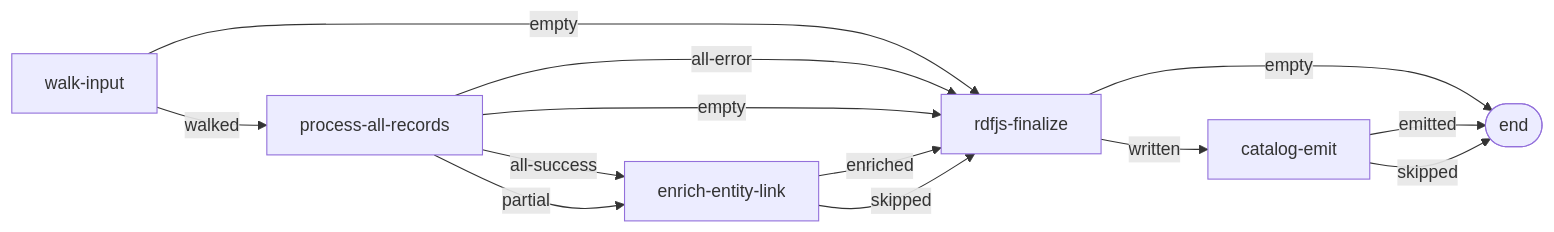
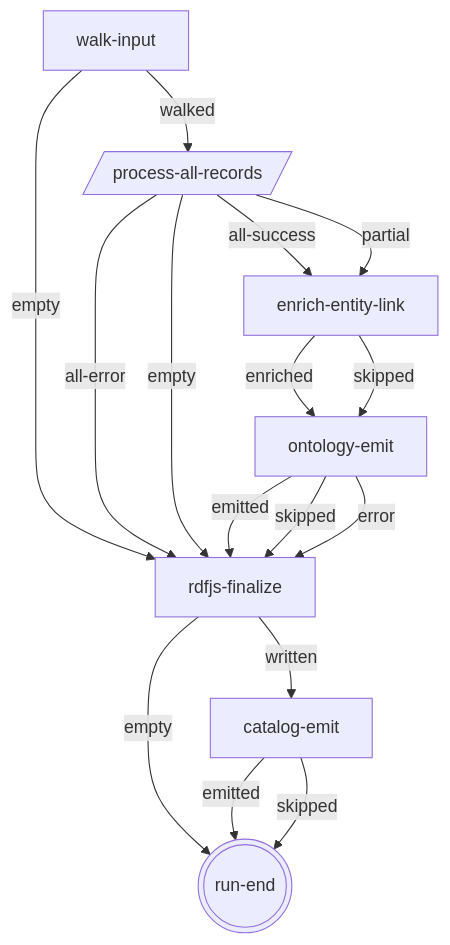
Before and after one commit to Studnicky/PathRipper: the diagram in docs/architecture/dags/squashage-run.md, drawn with Mermaid. The commit also changed 11 other files, not shown here.

````diff
--- a/docs/architecture/dags/squashage-run.md
+++ b/docs/architecture/dags/squashage-run.md
@@ -7,23 +7,27 @@
 ```mermaid
-flowchart LR
+flowchart TB
   %% squashage:run (v1.0)
   walk-input
   walk-input[walk-input]
   walk-input -->|walked| process-all-records
   walk-input -->|empty| rdfjs-finalize
-  process-all-records[process-all-records]
+  process-all-records[/process-all-records/]
   process-all-records -->|all-success| enrich-entity-link
   process-all-records -->|partial| enrich-entity-link
   process-all-records -->|all-error| rdfjs-finalize
   process-all-records -->|empty| rdfjs-finalize
   enrich-entity-link[enrich-entity-link]
-  enrich-entity-link -->|enriched| rdfjs-finalize
-  enrich-entity-link -->|skipped| rdfjs-finalize
+  enrich-entity-link -->|enriched| ontology-emit
+  enrich-entity-link -->|skipped| ontology-emit
+  ontology-emit[ontology-emit]
+  ontology-emit -->|emitted| rdfjs-finalize
+  ontology-emit -->|skipped| rdfjs-finalize
+  ontology-emit -->|error| rdfjs-finalize
   rdfjs-finalize[rdfjs-finalize]
   rdfjs-finalize -->|written| catalog-emit
-  rdfjs-finalize -->|empty| END
+  rdfjs-finalize -->|empty| run-end
   catalog-emit[catalog-emit]
-  catalog-emit -->|emitted| END
-  catalog-emit -->|skipped| END
-  END([end])
+  catalog-emit -->|emitted| run-end
+  catalog-emit -->|skipped| run-end
+  run-end(((run-end)))
 ```
````
